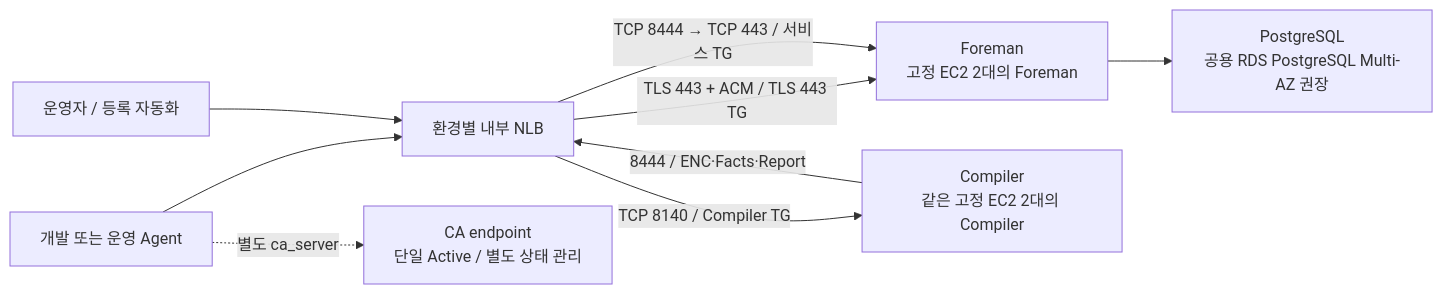
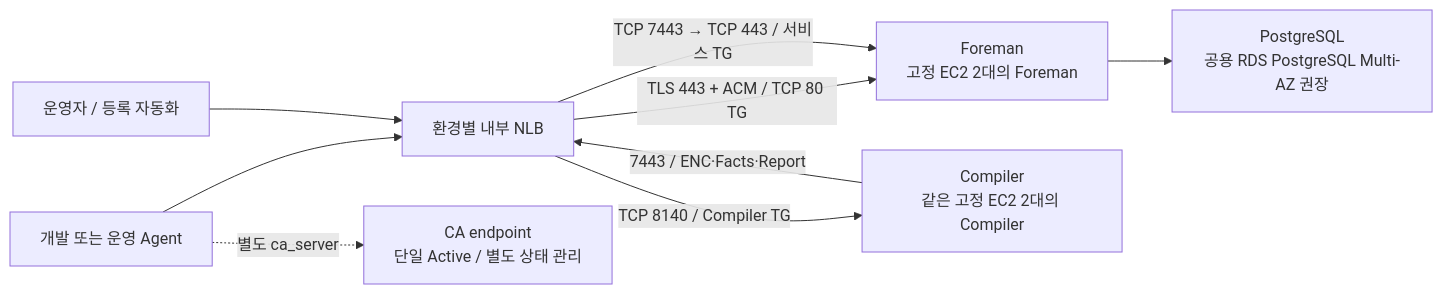
Before and after one commit to heyoon2j/y2-devops-lab: the diagram in foreman-puppet/docs/LB_AND_SCALING.md, drawn with Mermaid. The commit also changed other lines of this file and 17 other files, not shown here.

Commit message:
docs: define NLB TLS offload and TCP passthrough target groups

````diff
--- a/foreman-puppet/docs/LB_AND_SCALING.md
+++ b/foreman-puppet/docs/LB_AND_SCALING.md
@@ -34,11 +35,11 @@
 ```mermaid
 flowchart LR
     A["개발 또는 운영 Agent"] --> L["환경별 내부 NLB"]
     U["운영자 / 등록 자동화"] --> L
-    L -->|"TLS 443 + ACM / TLS 443 TG"| F["Foreman\n고정 EC2 2대의 Foreman"]
+    L -->|"TLS 443 + ACM / TCP 80 TG"| F["Foreman\n고정 EC2 2대의 Foreman"]
     L -->|"TCP 8140 / Compiler TG"| P["Compiler\n같은 고정 EC2 2대의 Compiler"]
     F --> D["PostgreSQL\n공용 RDS PostgreSQL Multi-AZ 권장"]
-    P -->|"8444 / ENC·Facts·Report"| L
-    L -->|"TCP 8444 → TCP 443 / 서비스 TG"| F
+    P -->|"7443 / ENC·Facts·Report"| L
+    L -->|"TCP 7443 → TCP 443 / 서비스 TG"| F
     A -.->|"별도 ca_server"| C["CA endpoint\n단일 Active / 별도 상태 관리"]
 ```
````
